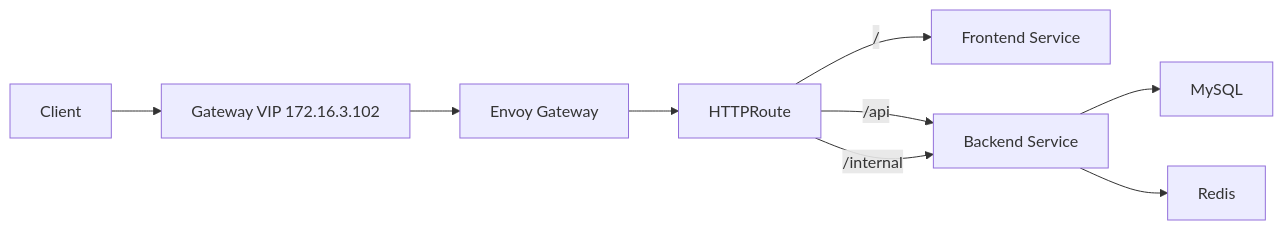
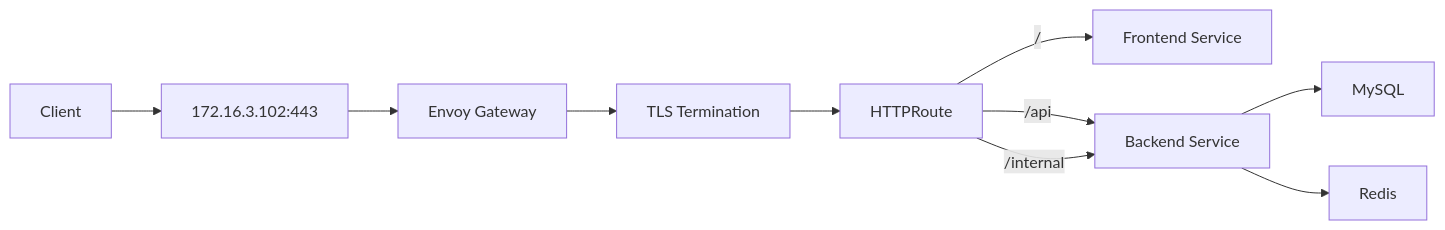
One commit to ahmed-sayed-devops/microservices-platform-gitops changed diagram 13 of 18 in docs/03-gateway-api/README.md. Above: the diagram before and after it, drawn with Mermaid. The commit also changed other lines of this file, not shown here.

Commit message:
docs: update Gateway API documentation with TLS

````diff
--- a/docs/03-gateway-api/README.md
+++ b/docs/03-gateway-api/README.md
@@ -598,20 +839,22 @@
 ```mermaid
 graph LR
     Client[Client]
-    VIP[Gateway VIP 172.16.3.102]
+    VIP[172.16.3.102:443]
     Envoy[Envoy Gateway]
+    TLS[TLS Termination]
     Route[HTTPRoute]
     Frontend[Frontend Service]
     Backend[Backend Service]
     MySQL[MySQL]
     Redis[Redis]
 
     Client --> VIP
     VIP --> Envoy
-    Envoy --> Route
+    Envoy --> TLS
+    TLS --> Route
     Route -->|/| Frontend
     Route -->|/api| Backend
     Route -->|/internal| Backend
     Backend --> MySQL
     Backend --> Redis
 ```
````
